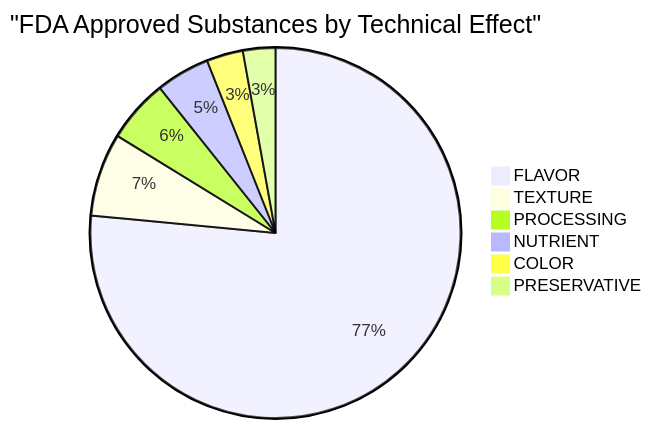
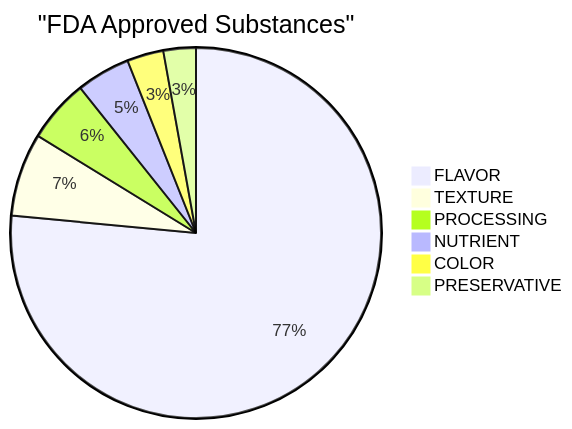
Before and after one commit to gsinghjay/data-dashboard: the third of 6 diagrams in README.md, drawn with Mermaid. The commit also changed other lines of this file and 1 other file, not shown here.

````diff
--- a/README.md
+++ b/README.md
@@ -58,10 +104,10 @@
 ```mermaid
 pie
-    title "FDA Approved Substances by Technical Effect"
+    title "FDA Approved Substances"
     "FLAVOR" : 3077
     "TEXTURE" : 292
     "PROCESSING" : 222
     "NUTRIENT" : 189
     "COLOR" : 128
     "PRESERVATIVE" : 114
 ```
````
